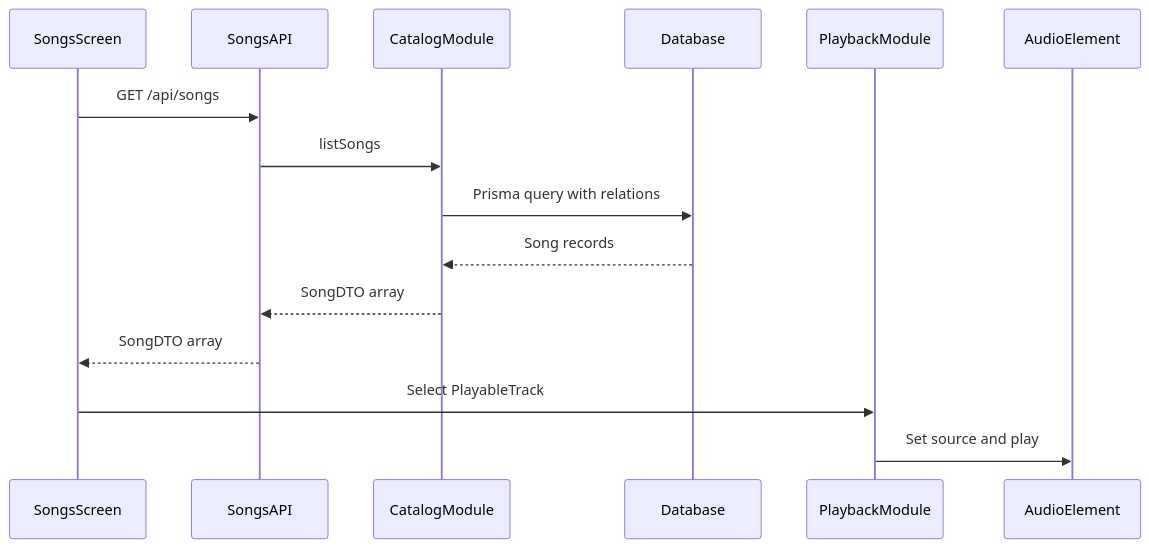
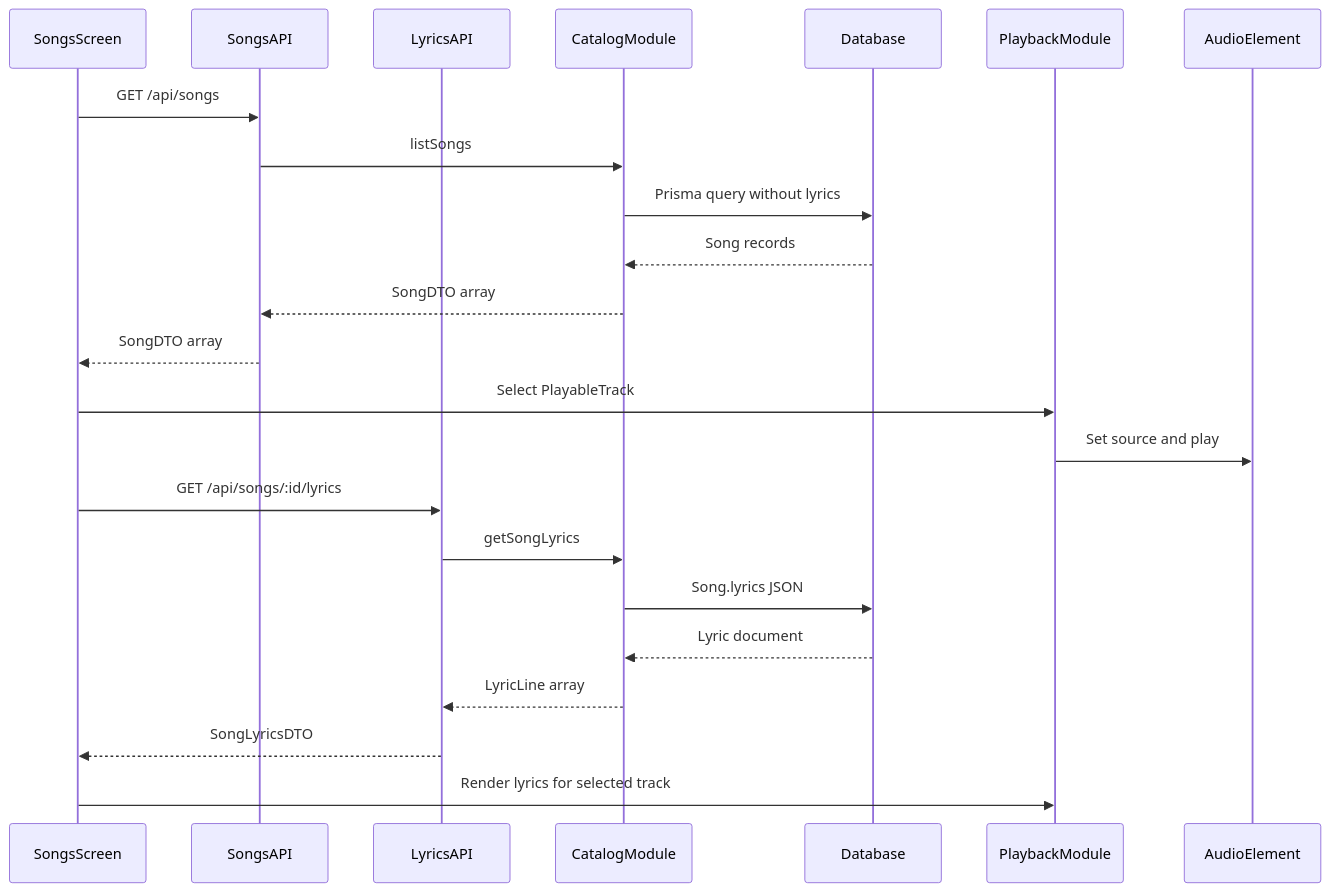
Before and after one commit to Mikaila94/spotify: the second of 2 diagrams in docs/architecture/overview.md, drawn with Mermaid. The commit also changed other lines of this file and 25 other files, not shown here.

First line of the commit message:
Load lyrics after song selection and fetch catalog reads with SWR.

````diff
--- a/docs/architecture/overview.md
+++ b/docs/architecture/overview.md
@@ -86,18 +86,26 @@
 ```mermaid
 sequenceDiagram
   participant SongsScreen
   participant SongsAPI
+  participant LyricsAPI
   participant CatalogModule
   participant Database
   participant PlaybackModule
   participant AudioElement
 
   SongsScreen->>SongsAPI: GET /api/songs
   SongsAPI->>CatalogModule: listSongs
-  CatalogModule->>Database: Prisma query with relations
+  CatalogModule->>Database: Prisma query without lyrics
   Database-->>CatalogModule: Song records
   CatalogModule-->>SongsAPI: SongDTO array
   SongsAPI-->>SongsScreen: SongDTO array
   SongsScreen->>PlaybackModule: Select PlayableTrack
   PlaybackModule->>AudioElement: Set source and play
+  SongsScreen->>LyricsAPI: GET /api/songs/:id/lyrics
+  LyricsAPI->>CatalogModule: getSongLyrics
+  CatalogModule->>Database: Song.lyrics JSON
+  Database-->>CatalogModule: Lyric document
+  CatalogModule-->>LyricsAPI: LyricLine array
+  LyricsAPI-->>SongsScreen: SongLyricsDTO
+  SongsScreen->>PlaybackModule: Render lyrics for selected track
 ```
````
